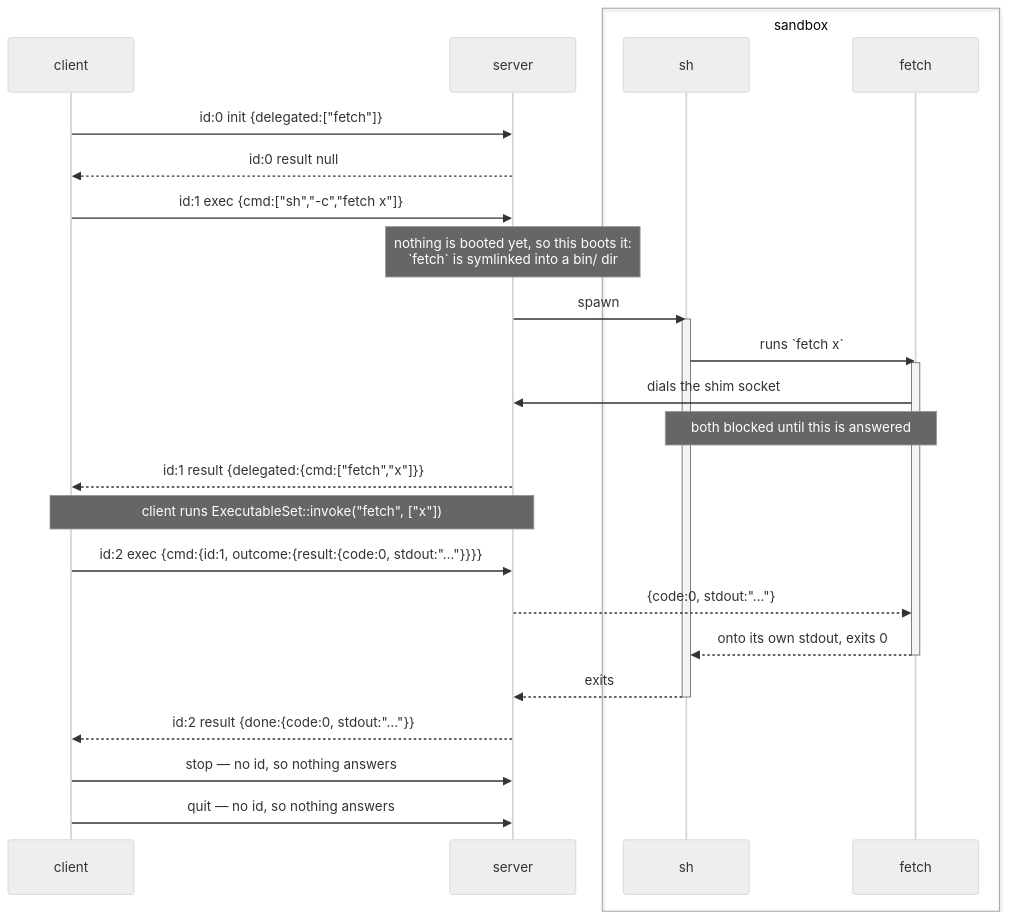
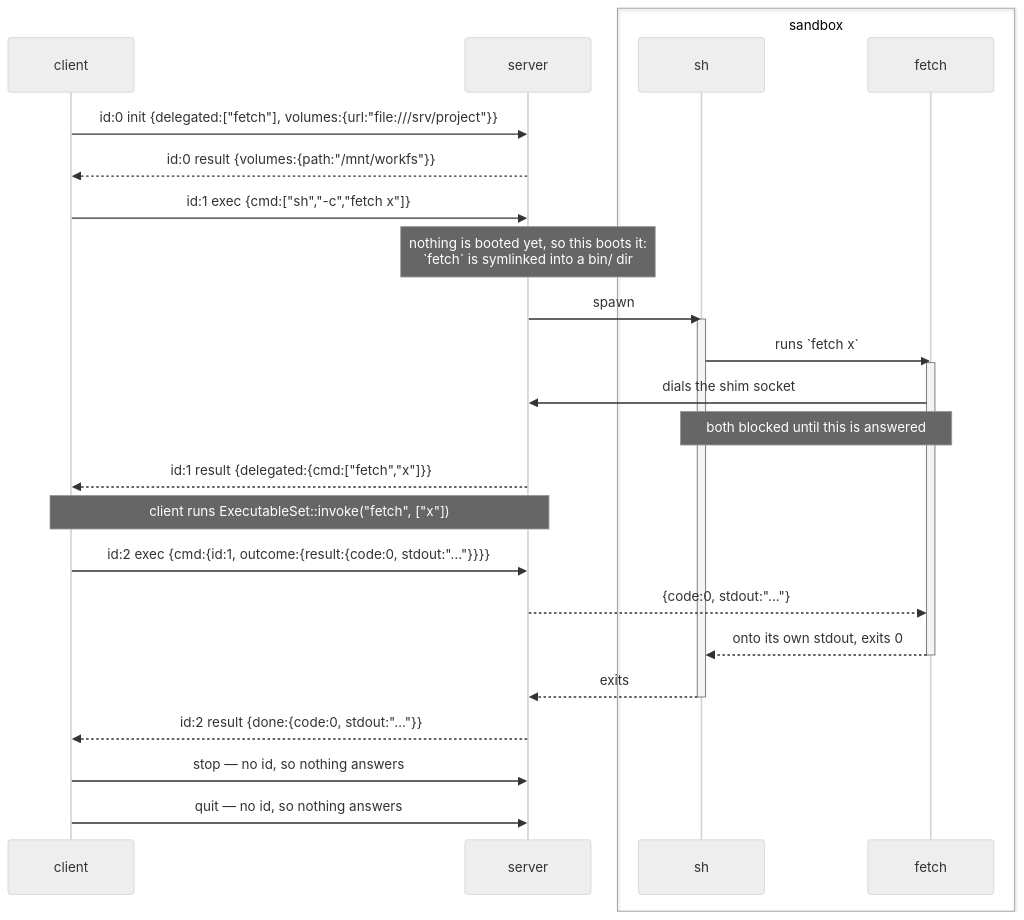
The first of 2 diagrams in cortex/src/console/ARCHITECTURE.md (brekkylab/cortex), drawn with Mermaid (neutral theme) before and after one commit. The commit also changed other lines of this file and 13 other files, not shown here.

````diff
--- a/cortex/src/console/ARCHITECTURE.md
+++ b/cortex/src/console/ARCHITECTURE.md
@@ -475,33 +501,33 @@
 ```mermaid
 sequenceDiagram
     participant client
     participant server
     box transparent sandbox
         participant sh
         participant shim as fetch
     end
 
-    client->>server: id:0 init {delegated:["fetch"]}
-    server-->>client: id:0 result null
+    client->>server: id:0 init {delegated:["fetch"], volumes:{url:"file:///srv/project"}}
+    server-->>client: id:0 result {volumes:{path:"/mnt/workfs"}}
 
     client->>server: id:1 exec {cmd:["sh","-c","fetch x"]}
     Note over server: nothing is booted yet, so this boots it:<br/>`fetch` is symlinked into a bin/ dir
     server->>sh: spawn
     activate sh
     sh->>shim: runs `fetch x`
     activate shim
     shim->>server: dials the shim socket
     Note over sh,shim: both blocked until this is answered
     server-->>client: id:1 result {delegated:{cmd:["fetch","x"]}}
     Note over client,server: client runs ExecutableSet::invoke("fetch", ["x"])
     client->>server: id:2 exec {cmd:{id:1, outcome:{result:{code:0, stdout:"…"}}}}
     server-->>shim: {code:0, stdout:"…"}
     shim-->>sh: onto its own stdout, exits 0
     deactivate shim
     sh-->>server: exits
     deactivate sh
     server-->>client: id:2 result {done:{code:0, stdout:"…"}}
 
     client->>server: stop — no id, so nothing answers
     client->>server: quit — no id, so nothing answers
 ```
````
